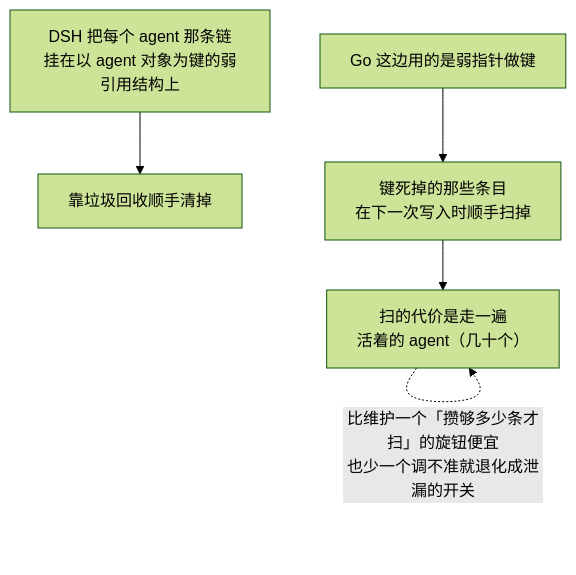
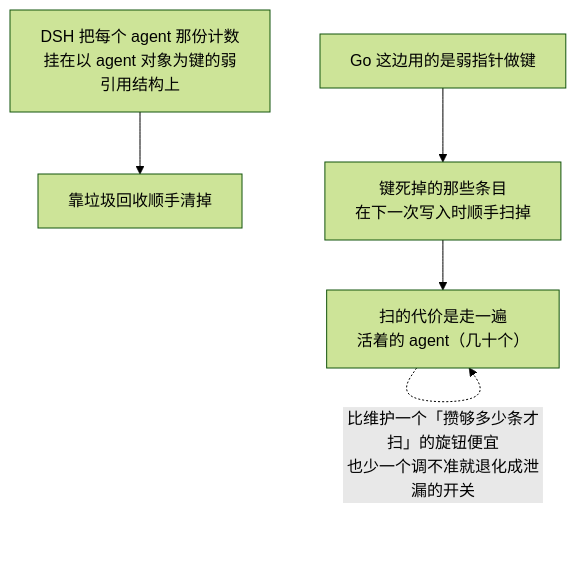
Diagram 36 of 38 in docs/modules/guards.md (snight1983/ds-harness-go), drawn with Mermaid (forest theme) before and after one commit. The commit also changed other lines of this file and 50 other files, not shown here.

First line of the commit message:
feat: 完善会话持久化、图片请求与工具防护

````diff
--- a/docs/modules/guards.md
+++ b/docs/modules/guards.md
@@ -329,7 +455,7 @@
 ```mermaid
 flowchart TD
-    A["DSH 把每个 agent 那条链<br/>挂在以 agent 对象为键的弱引用结构上"] --> B["靠垃圾回收顺手清掉"]
+    A["DSH 把每个 agent 那份计数<br/>挂在以 agent 对象为键的弱引用结构上"] --> B["靠垃圾回收顺手清掉"]
     C["Go 这边用的是弱指针做键"] --> D["键死掉的那些条目<br/>在下一次写入时顺手扫掉"]
     D --> E["扫的代价是走一遍<br/>活着的 agent（几十个）"]
     E -.->|"比维护一个「攒够多少条才扫」的旋钮便宜<br/>也少一个调不准就退化成泄漏的开关"| E
 ```
````
